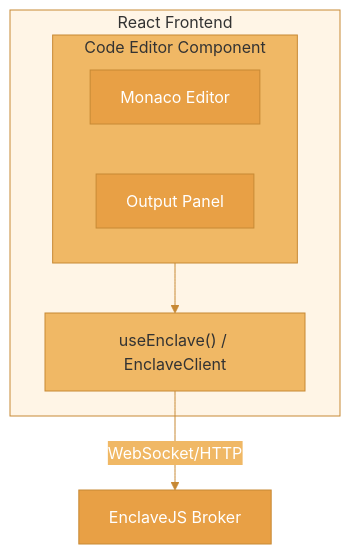
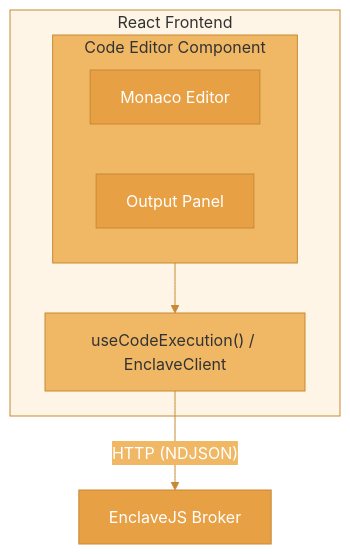
One commit to agentfront/enclave changed the diagram in docs/enclave/guides/react-code-editor.mdx. Above: the diagram before and after it, drawn with Mermaid. The commit also changed other lines of this file and 22 other files, not shown here.

````diff
--- a/docs/enclave/guides/react-code-editor.mdx
+++ b/docs/enclave/guides/react-code-editor.mdx
@@ -33,20 +33,20 @@
 ```mermaid
 %%{init: {'theme': 'base', 'themeVariables': { 'primaryColor': '#e8a045', 'primaryTextColor': '#fff', 'primaryBorderColor': '#c78935', 'lineColor': '#c78935', 'secondaryColor': '#f0b865', 'tertiaryColor': '#fff5e6'}}}%%
 flowchart TB
     subgraph frontend["React Frontend"]
         subgraph editor["Code Editor Component"]
             Monaco["Monaco Editor"]
             Output["Output Panel"]
         end
-        Hook["useEnclave() / EnclaveClient"]
+        Hook["useCodeExecution() / EnclaveClient"]
     end
     Broker["EnclaveJS Broker"]
     editor --> Hook
-    Hook -->|"WebSocket/HTTP"| Broker
+    Hook -->|"HTTP (NDJSON)"| Broker
     style frontend fill:#fff5e6,stroke:#c78935,color:#333
     style editor fill:#f0b865,stroke:#c78935,color:#333
     style Monaco fill:#e8a045,stroke:#c78935,color:#fff
     style Output fill:#e8a045,stroke:#c78935,color:#fff
     style Hook fill:#f0b865,stroke:#c78935,color:#333
     style Broker fill:#e8a045,stroke:#c78935,color:#fff
 ```
````
